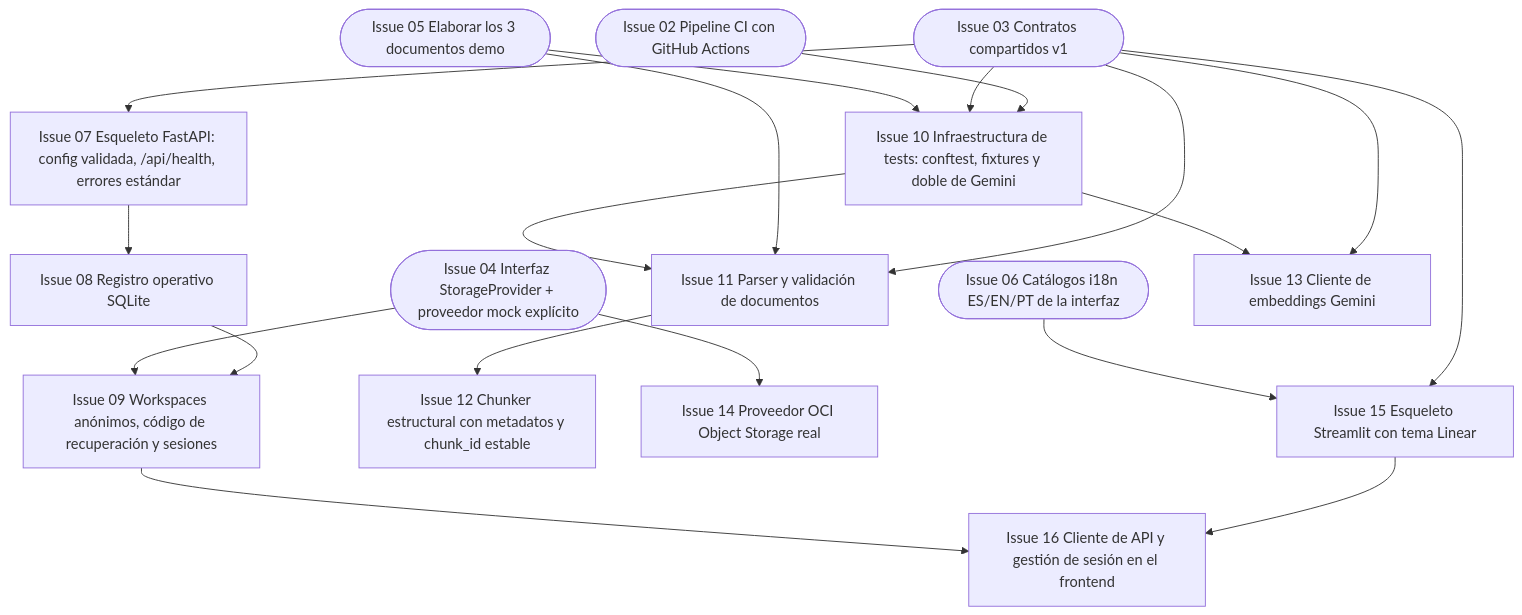
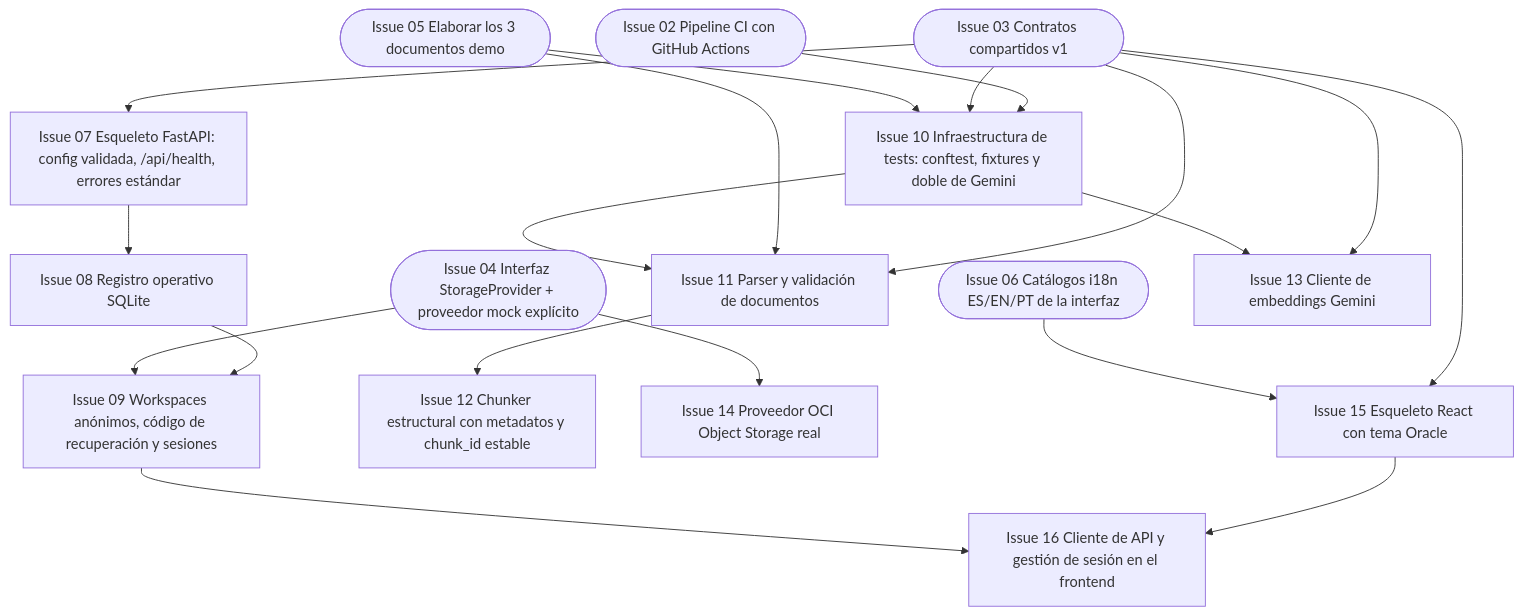
Before and after one commit to DavidAlonsoCode/NuevaMente-RAG-Multiagente: the diagram in docs/issues/fase-1-nucleo-datos-acceso.md, drawn with Mermaid. The commit also changed other lines of this file and 119 other files, not shown here.

````diff
--- a/docs/issues/fase-1-nucleo-datos-acceso.md
+++ b/docs/issues/fase-1-nucleo-datos-acceso.md
@@ -8,36 +8,36 @@
 ```mermaid
 graph TD
     I02(["Issue 02 Pipeline CI con GitHub Actions"])
     I03(["Issue 03 Contratos compartidos v1"])
     I04(["Issue 04 Interfaz StorageProvider + proveedor mock explícito"])
     I05(["Issue 05 Elaborar los 3 documentos demo"])
     I06(["Issue 06 Catálogos i18n ES/EN/PT de la interfaz"])
     I07["Issue 07 Esqueleto FastAPI: config validada, /api/health, errores estándar"]
     I08["Issue 08 Registro operativo SQLite"]
     I09["Issue 09 Workspaces anónimos, código de recuperación y sesiones"]
     I10["Issue 10 Infraestructura de tests: conftest, fixtures y doble de Gemini"]
     I11["Issue 11 Parser y validación de documentos"]
     I12["Issue 12 Chunker estructural con metadatos y chunk_id estable"]
     I13["Issue 13 Cliente de embeddings Gemini"]
     I14["Issue 14 Proveedor OCI Object Storage real"]
-    I15["Issue 15 Esqueleto Streamlit con tema Linear"]
+    I15["Issue 15 Esqueleto React con tema Oracle"]
     I16["Issue 16 Cliente de API y gestión de sesión en el frontend"]
     I03 --> I07
     I07 --> I08
     I08 --> I09
     I04 --> I09
     I02 --> I10
     I03 --> I10
     I05 --> I10
     I03 --> I11
     I05 --> I11
     I10 --> I11
     I11 --> I12
     I03 --> I13
     I10 --> I13
     I04 --> I14
     I03 --> I15
     I06 --> I15
     I15 --> I16
     I09 --> I16
 ```
````
